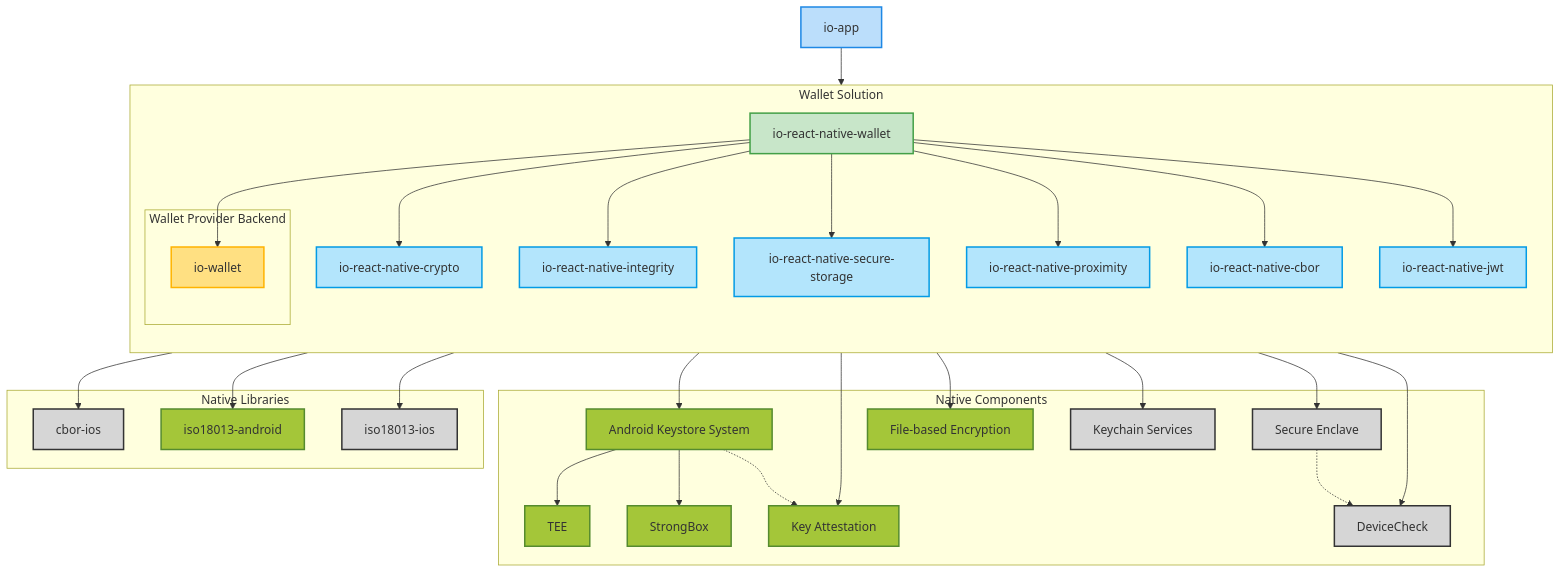
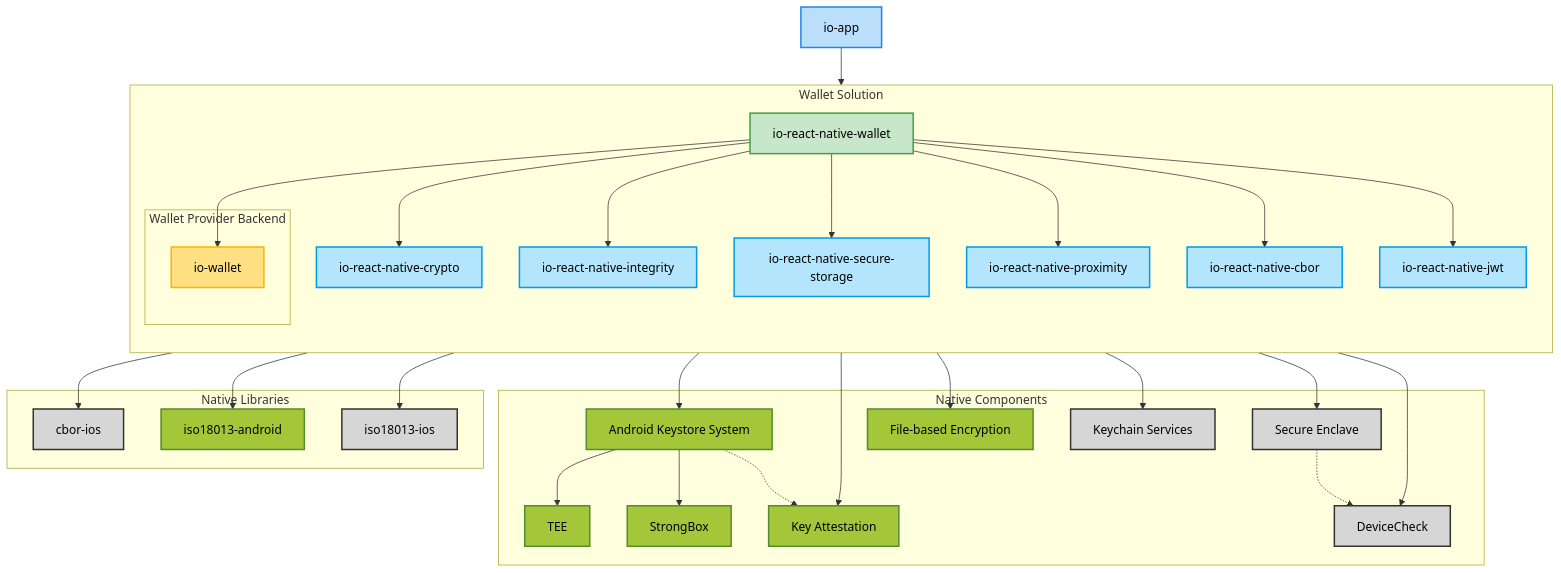
Before and after one commit to pagopa/digital-identity-wallet: the diagram in README.md, drawn with Mermaid.

````diff
--- a/README.md
+++ b/README.md
@@ -133,71 +133,71 @@
 ```mermaid
 flowchart TD
  subgraph Wallet_Solution["Wallet Solution"]
     direction TB
         iornw["io-react-native-wallet"]
         iornc["io-react-native-crypto"]
         iorni["io-react-native-integrity"]
         iornss["io-react-native-secure-storage"]
         iornprx["io-react-native-proximity"]
         iorncbor["io-react-native-cbor"]
         iornjwt["io-react-native-jwt"]
 
         subgraph Wallet_Provider_Backend["Wallet Provider Backend"]
             iw["io-wallet"]
         end
 
   end
 
  subgraph Native_Components["Native Components"]
         akss["Android Keystore System"]
         se["Secure Enclave"]
         TEE["TEE"]
         StrongBox["StrongBox"]
         fbe["File-based Encryption"]
         ks["Keychain Services"]
         ka["Key Attestation"]
         dc["DeviceCheck"]
   end
  subgraph Native_Libraries["Native Libraries"]
         cborios["cbor-ios"]
         iso18013android["iso18013-android"]
         iso18013ios["iso18013-ios"]
   end
     ioa["io-app"] --> iornw
     iornw --> iw & iornc & iorni & iornss & iornprx & iorncbor & iornjwt
     iornc --> akss & se
     akss --> TEE & StrongBox
     iornss --> fbe & ks
     iorni --> ka & dc
     akss -.-> ka
     se -.-> dc
     iornprx --> iso18013android & iso18013ios
     iorncbor --> cborios
      iornw:::wallet
      iornc:::data
      iorni:::data
      iornss:::data
      iornprx:::data
      iorncbor:::data
      iornjwt:::data
      iw:::backend
      akss:::android
      se:::ios
      TEE:::android
      StrongBox:::android
      fbe:::android
      ks:::ios
      ka:::android
      dc:::ios
      cborios:::ios
      iso18013android:::android
      iso18013ios:::ios
      ioa:::main
 
-    classDef main fill:#bbdefb,stroke:#1e88e5,stroke-width:2px
-    classDef backend fill:#ffe082,stroke:#ffb300,stroke-width:2px
-    classDef wallet fill:#c8e6c9,stroke:#43a047,stroke-width:2px
-    classDef data fill:#b3e5fc,stroke:#039be5,stroke-width:2px
-    classDef android fill:#A4C639,stroke:#558B2F,stroke-width:2px
-    classDef ios fill:#d6d6d6,stroke:#333333,stroke-width:2px
+    classDef main fill:#bbdefb,stroke:#1e88e5,stroke-width:2px,color:#000000
+    classDef backend fill:#ffe082,stroke:#ffb300,stroke-width:2px,color:#000000
+    classDef wallet fill:#c8e6c9,stroke:#43a047,stroke-width:2px,color:#000000
+    classDef data fill:#b3e5fc,stroke:#039be5,stroke-width:2px,color:#000000
+    classDef android fill:#A4C639,stroke:#558B2F,stroke-width:2px,color:#000000
+    classDef ios fill:#d6d6d6,stroke:#333333,stroke-width:2px,color:#000000
 ```
````
